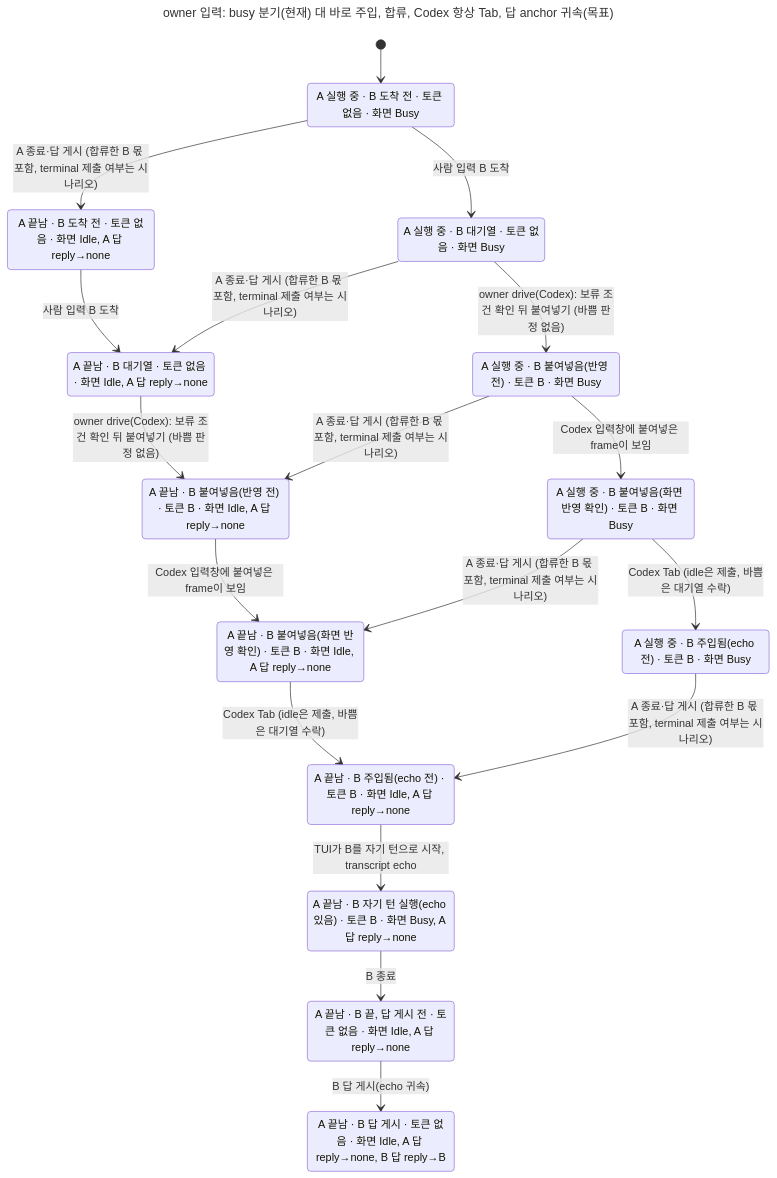
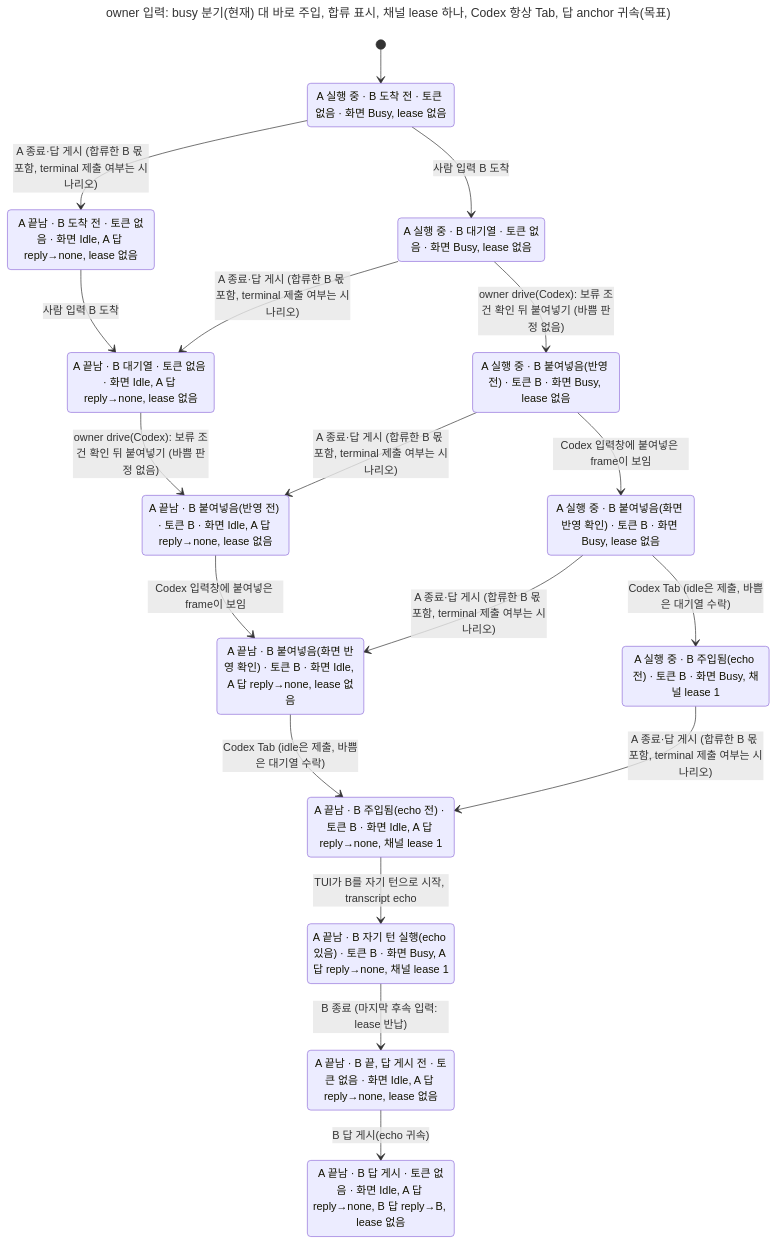
Before and after one commit to itismyfield/AgentDesk: the diagram in docs/statecharts/input-single-path/owner-input-busy-split.codex-target-external.chart.mmd, drawn with Mermaid. The commit also changed 46 other files, not shown here.

```diff
--- a/docs/statecharts/input-single-path/owner-input-busy-split.codex-target-external.chart.mmd
+++ b/docs/statecharts/input-single-path/owner-input-busy-split.codex-target-external.chart.mmd
@@ -1,34 +1,34 @@
 ---
-title: "owner 입력: busy 분기(현재) 대 바로 주입, 합류, Codex 항상 Tab, 답 anchor 귀속(목표)"
+title: "owner 입력: busy 분기(현재) 대 바로 주입, 합류 표시, 채널 lease 하나, Codex 항상 Tab, 답 anchor 귀속(목표)"
 ---
 stateDiagram-v2
-  s0: A 실행 중 #183; B 도착 전 #183; 토큰 없음 #183; 화면 Busy
-  s1: A 끝남 #183; B 도착 전 #183; 토큰 없음 #183; 화면 Idle, A 답 reply#8594;none
-  s2: A 실행 중 #183; B 대기열 #183; 토큰 없음 #183; 화면 Busy
-  s3: A 끝남 #183; B 대기열 #183; 토큰 없음 #183; 화면 Idle, A 답 reply#8594;none
-  s4: A 실행 중 #183; B 붙여넣음(반영 전) #183; 토큰 B #183; 화면 Busy
-  s5: A 끝남 #183; B 붙여넣음(반영 전) #183; 토큰 B #183; 화면 Idle, A 답 reply#8594;none
-  s6: A 실행 중 #183; B 붙여넣음(화면 반영 확인) #183; 토큰 B #183; 화면 Busy
-  s7: A 끝남 #183; B 붙여넣음(화면 반영 확인) #183; 토큰 B #183; 화면 Idle, A 답 reply#8594;none
-  s8: A 실행 중 #183; B 주입됨(echo 전) #183; 토큰 B #183; 화면 Busy
-  s9: A 끝남 #183; B 주입됨(echo 전) #183; 토큰 B #183; 화면 Idle, A 답 reply#8594;none
-  s10: A 끝남 #183; B 자기 턴 실행(echo 있음) #183; 토큰 B #183; 화면 Busy, A 답 reply#8594;none
-  s11: A 끝남 #183; B 끝, 답 게시 전 #183; 토큰 없음 #183; 화면 Idle, A 답 reply#8594;none
-  s12: A 끝남 #183; B 답 게시 #183; 토큰 없음 #183; 화면 Idle, A 답 reply#8594;none, B 답 reply#8594;B
+  s0: A 실행 중 #183; B 도착 전 #183; 토큰 없음 #183; 화면 Busy, lease 없음
+  s1: A 끝남 #183; B 도착 전 #183; 토큰 없음 #183; 화면 Idle, A 답 reply#8594;none, lease 없음
+  s2: A 실행 중 #183; B 대기열 #183; 토큰 없음 #183; 화면 Busy, lease 없음
+  s3: A 끝남 #183; B 대기열 #183; 토큰 없음 #183; 화면 Idle, A 답 reply#8594;none, lease 없음
+  s4: A 실행 중 #183; B 붙여넣음(반영 전) #183; 토큰 B #183; 화면 Busy, lease 없음
+  s5: A 끝남 #183; B 붙여넣음(반영 전) #183; 토큰 B #183; 화면 Idle, A 답 reply#8594;none, lease 없음
+  s6: A 실행 중 #183; B 붙여넣음(화면 반영 확인) #183; 토큰 B #183; 화면 Busy, lease 없음
+  s7: A 끝남 #183; B 붙여넣음(화면 반영 확인) #183; 토큰 B #183; 화면 Idle, A 답 reply#8594;none, lease 없음
+  s8: A 실행 중 #183; B 주입됨(echo 전) #183; 토큰 B #183; 화면 Busy, 채널 lease 1
+  s9: A 끝남 #183; B 주입됨(echo 전) #183; 토큰 B #183; 화면 Idle, A 답 reply#8594;none, 채널 lease 1
+  s10: A 끝남 #183; B 자기 턴 실행(echo 있음) #183; 토큰 B #183; 화면 Busy, A 답 reply#8594;none, 채널 lease 1
+  s11: A 끝남 #183; B 끝, 답 게시 전 #183; 토큰 없음 #183; 화면 Idle, A 답 reply#8594;none, lease 없음
+  s12: A 끝남 #183; B 답 게시 #183; 토큰 없음 #183; 화면 Idle, A 답 reply#8594;none, B 답 reply#8594;B, lease 없음
   [*] --> s0
   s0 --> s1: A 종료#183;답 게시 (합류한 B 몫 포함, terminal 제출 여부는 시나리오)
   s0 --> s2: 사람 입력 B 도착
   s1 --> s3: 사람 입력 B 도착
   s2 --> s3: A 종료#183;답 게시 (합류한 B 몫 포함, terminal 제출 여부는 시나리오)
   s2 --> s4: owner drive(Codex): 보류 조건 확인 뒤 붙여넣기 (바쁨 판정 없음)
   s3 --> s5: owner drive(Codex): 보류 조건 확인 뒤 붙여넣기 (바쁨 판정 없음)
   s4 --> s5: A 종료#183;답 게시 (합류한 B 몫 포함, terminal 제출 여부는 시나리오)
   s4 --> s6: Codex 입력창에 붙여넣은 frame이 보임
   s5 --> s7: Codex 입력창에 붙여넣은 frame이 보임
   s6 --> s7: A 종료#183;답 게시 (합류한 B 몫 포함, terminal 제출 여부는 시나리오)
   s6 --> s8: Codex Tab (idle은 제출, 바쁨은 대기열 수락)
   s7 --> s9: Codex Tab (idle은 제출, 바쁨은 대기열 수락)
   s8 --> s9: A 종료#183;답 게시 (합류한 B 몫 포함, terminal 제출 여부는 시나리오)
   s9 --> s10: TUI가 B를 자기 턴으로 시작, transcript echo
-  s10 --> s11: B 종료
+  s10 --> s11: B 종료 (마지막 후속 입력: lease 반납)
   s11 --> s12: B 답 게시(echo 귀속)
```
